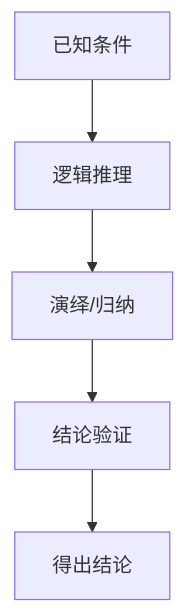
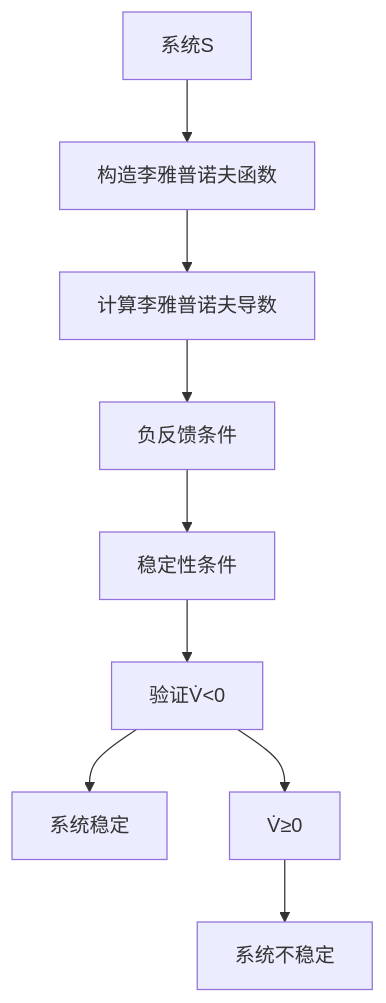
The second of 2 diagrams in 1.系统理论/1.4 形式化证明/1.4.2 证明过程.md (AdaMartin18010/SystemOSIOT), drawn with Mermaid before and after one commit. The commit also changed other lines of this file and 80 other files, not shown here.

````diff
--- a/1.系统理论/1.4 形式化证明/1.4.2 证明过程.md
+++ b/1.系统理论/1.4 形式化证明/1.4.2 证明过程.md
@@ -33,7 +305,12 @@
 ```mermaid
 graph TD;
-  Start[已知条件] --> Step1[逻辑推理];
-  Step1 --> Step2[演绎/归纳];
-  Step2 --> Step3[结论验证];
-  Step3 --> End[得出结论];
+  Start[系统S] --> A1[构造李雅普诺夫函数];
+  A1 --> A2[计算李雅普诺夫导数];
+  A2 --> A3[负反馈条件];
+  A3 --> A4[稳定性条件];
+  A4 --> A5[验证V̇<0];
+  A5 --> End[系统稳定];
+  
+  A5 --> B1[V̇≥0];
+  B1 --> B2[系统不稳定];
 ```
````
